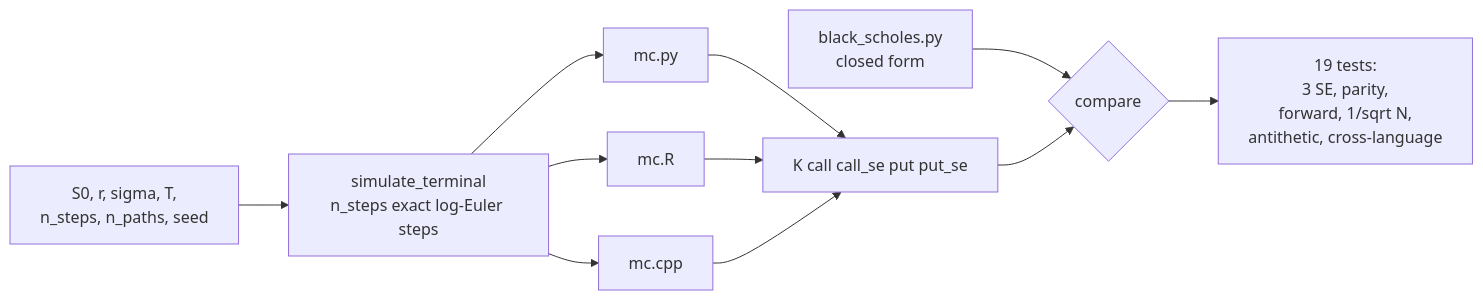
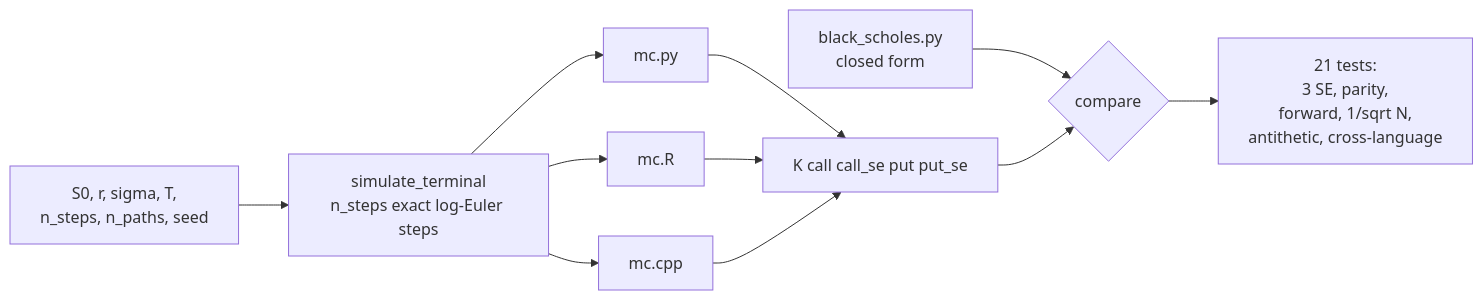
The diagram in README.md (vincal848/monte-carlo-options-multilang), drawn with Mermaid before and after one commit. The commit also changed other lines of this file and 1 other file, not shown here.

````diff
--- a/README.md
+++ b/README.md
@@ -75,13 +75,13 @@
 ```mermaid
 flowchart LR
     P[S0, r, sigma, T,<br/>n_steps, n_paths, seed] --> SIM[simulate_terminal<br/>n_steps exact log-Euler steps]
     SIM --> PY[mc.py]
     SIM --> R[mc.R]
     SIM --> CPP[mc.cpp]
     PY --> TAB[K call call_se put put_se]
     R --> TAB
     CPP --> TAB
     BS[black_scholes.py<br/>closed form] --> CHK{compare}
     TAB --> CHK
-    CHK --> T[19 tests:<br/>3 SE, parity,<br/>forward, 1/sqrt N,<br/>antithetic, cross-language]
+    CHK --> T[21 tests:<br/>3 SE, parity,<br/>forward, 1/sqrt N,<br/>antithetic, cross-language]
 ```
````
